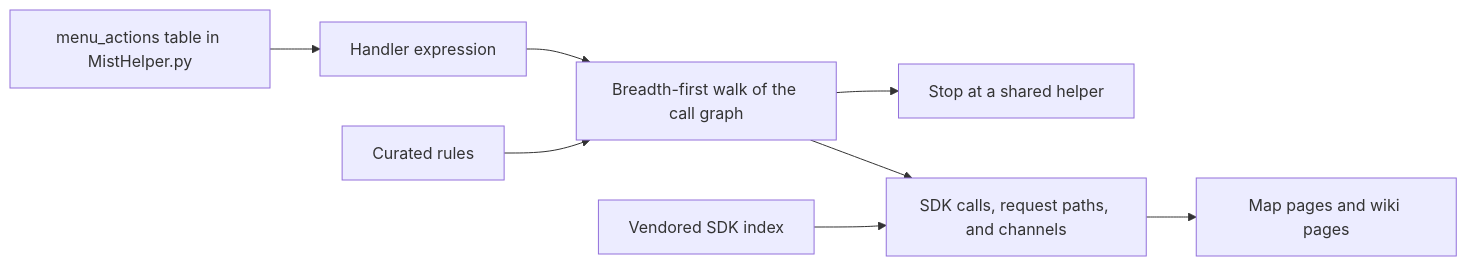
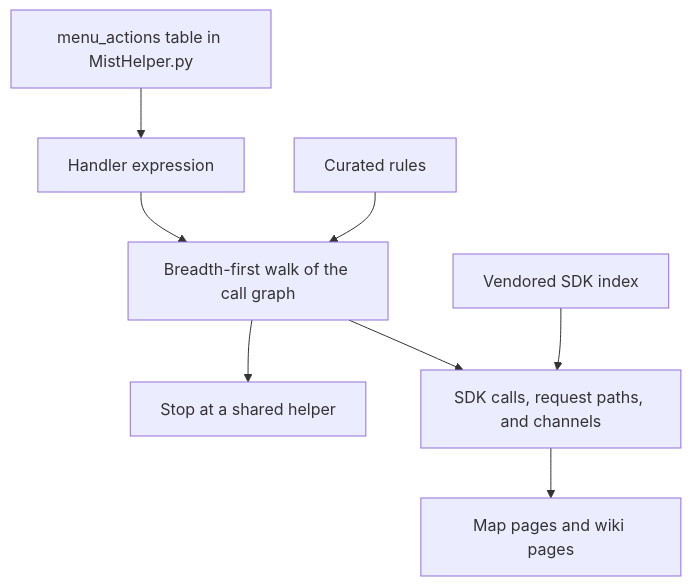
Before and after one commit to jmorrison-juniper/MistHelper: the second of 3 diagrams in documentation/menu-api/README.md, drawn with Mermaid. The commit also changed other lines of this file and 19 other files, not shown here.

First line of the commit message:
docs(menu-api): fit the Mermaid diagrams to the wiki column

````diff
--- a/documentation/menu-api/README.md
+++ b/documentation/menu-api/README.md
@@ -47,10 +47,10 @@
 ```mermaid
-flowchart LR
+flowchart TB
     table["menu_actions table in MistHelper.py"] --> handler["Handler expression"]
     handler --> walk["Breadth-first walk of the call graph"]
     walk --> stop["Stop at a shared helper"]
     walk --> facts["SDK calls, request paths, and channels"]
     sdk["Vendored SDK index"] --> facts
     curated["Curated rules"] --> walk
     facts --> pages["Map pages and wiki pages"]
 ```
````
